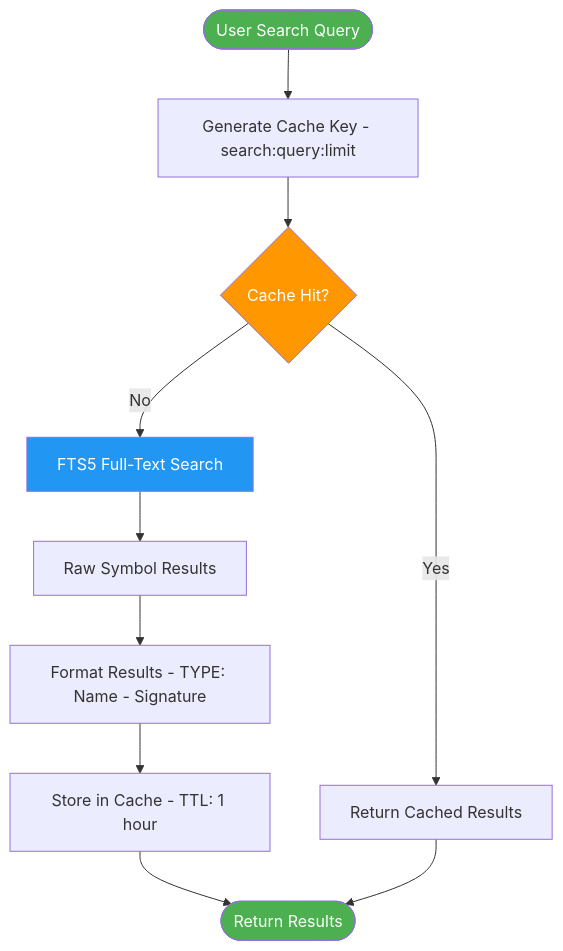
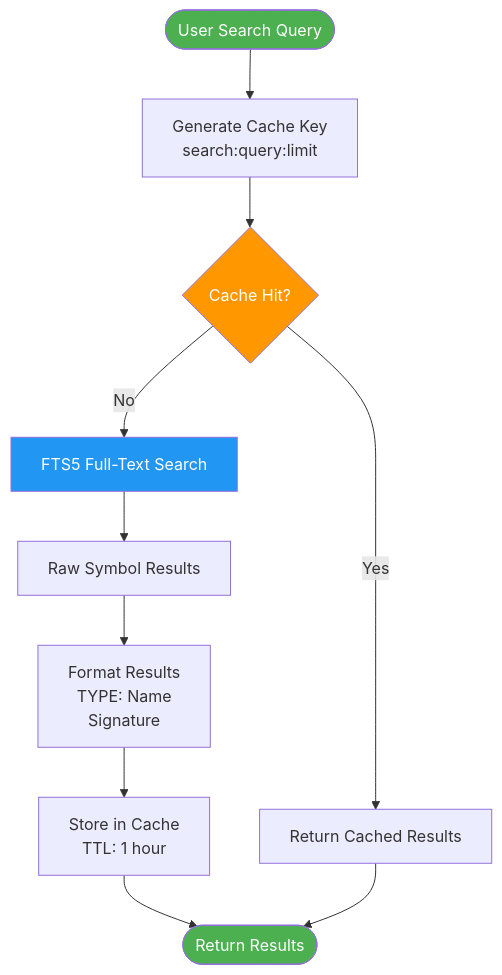
The fifth of 20 diagrams in docs/ARCHITECTURE.md (tfranczyk/d365fo-mcp-server), drawn with Mermaid before and after one commit. The commit also changed other lines of this file, not shown here.

Commit message:
architecture.md diagram fix

````diff
--- a/docs/ARCHITECTURE.md
+++ b/docs/ARCHITECTURE.md
@@ -416,19 +416,19 @@
 ```mermaid
 graph TD
-    QUERY([User Search Query]) --> CACHE_KEY[Generate Cache Key - search:query:limit]
+    QUERY([User Search Query]) --> CACHE_KEY[Generate Cache Key\n search:query:limit]
     CACHE_KEY --> CACHE_CHECK{Cache Hit?}
     
     CACHE_CHECK -->|Yes| CACHE_RETURN[Return Cached Results]
     CACHE_CHECK -->|No| FTS_QUERY[FTS5 Full-Text Search]
     
     FTS_QUERY --> RESULTS[Raw Symbol Results]
-    RESULTS --> FORMAT[Format Results - TYPE: Name - Signature]
-    FORMAT --> CACHE_STORE[Store in Cache - TTL: 1 hour]
+    RESULTS --> FORMAT[Format Results\n TYPE: Name\n Signature]
+    FORMAT --> CACHE_STORE[Store in Cache\n TTL: 1 hour]
     CACHE_STORE --> RETURN([Return Results])
     CACHE_RETURN --> RETURN
     
     style QUERY fill:#4CAF50,color:#fff
     style CACHE_CHECK fill:#FF9800,color:#fff
     style FTS_QUERY fill:#2196F3,color:#fff
     style RETURN fill:#4CAF50,color:#fff
 ```
````
